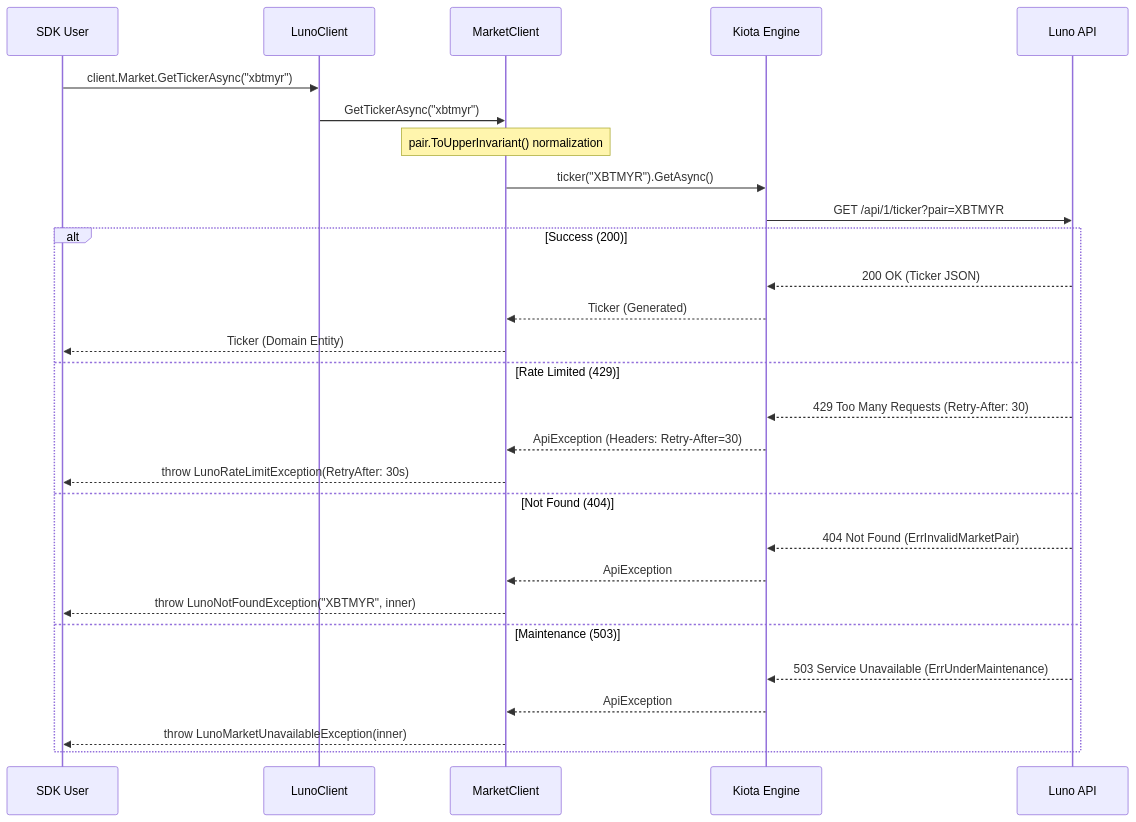
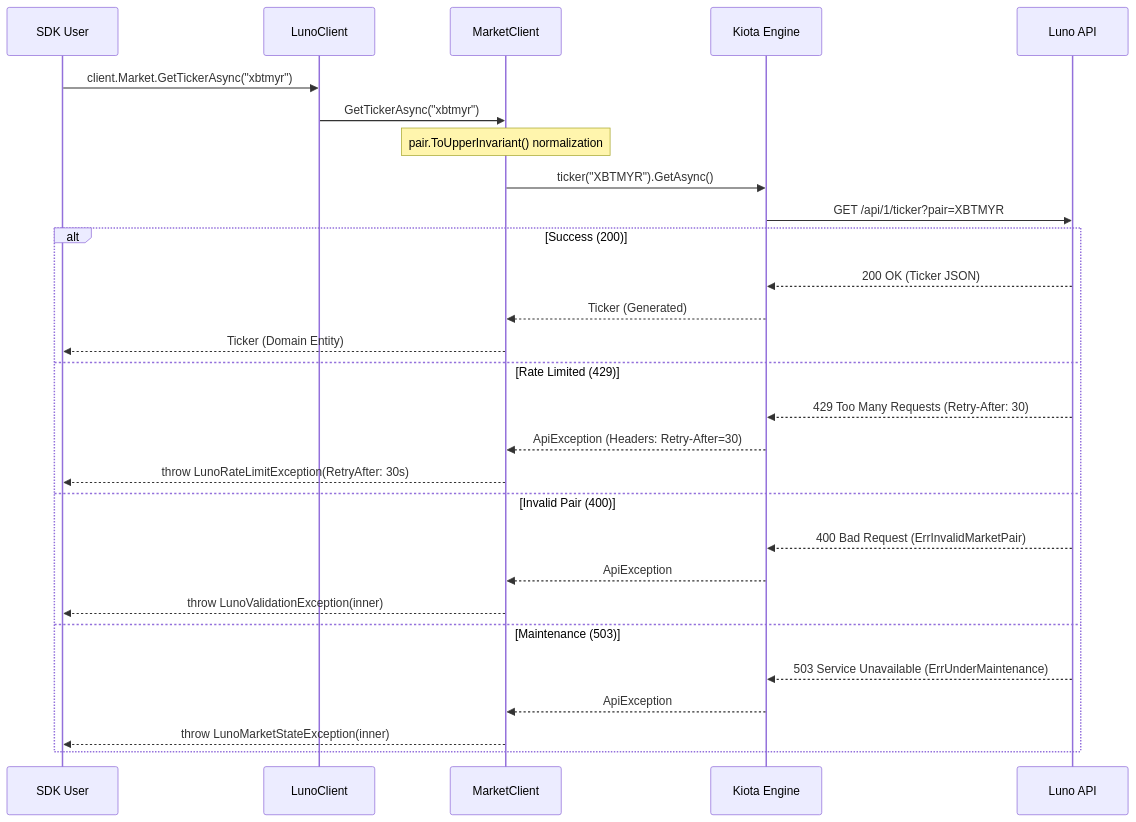
Before and after one commit to hsm207/Luno.SDK: the diagram in docs/rfcs/drafts/RFC005_SinglePairTickerRetrieval.md, drawn with Mermaid. The commit also changed other lines of this file, not shown here.

````diff
--- a/docs/rfcs/drafts/RFC005_SinglePairTickerRetrieval.md
+++ b/docs/rfcs/drafts/RFC005_SinglePairTickerRetrieval.md
@@ -32,31 +31,31 @@
 ```mermaid
 sequenceDiagram
     participant User as SDK User
     participant Client as LunoClient
     participant Market as MarketClient
     participant Kiota as Kiota Engine
     participant API as Luno API
 
     User->>Client: client.Market.GetTickerAsync("xbtmyr")
     Client->>Market: GetTickerAsync("xbtmyr")
     Note over Market: pair.ToUpperInvariant() normalization
     Market->>Kiota: ticker("XBTMYR").GetAsync()
     Kiota->>API: GET /api/1/ticker?pair=XBTMYR
     alt Success (200)
         API-->>Kiota: 200 OK (Ticker JSON)
         Kiota-->>Market: Ticker (Generated)
         Market-->>User: Ticker (Domain Entity)
     else Rate Limited (429)
         API-->>Kiota: 429 Too Many Requests (Retry-After: 30)
         Kiota-->>Market: ApiException (Headers: Retry-After=30)
         Market-->>User: throw LunoRateLimitException(RetryAfter: 30s)
-    else Not Found (404)
-        API-->>Kiota: 404 Not Found (ErrInvalidMarketPair)
+    else Invalid Pair (400)
+        API-->>Kiota: 400 Bad Request (ErrInvalidMarketPair)
         Kiota-->>Market: ApiException
-        Market-->>User: throw LunoNotFoundException("XBTMYR", inner)
+        Market-->>User: throw LunoValidationException(inner)
     else Maintenance (503)
         API-->>Kiota: 503 Service Unavailable (ErrUnderMaintenance)
         Kiota-->>Market: ApiException
-        Market-->>User: throw LunoMarketUnavailableException(inner)
+        Market-->>User: throw LunoMarketStateException(inner)
     end
 ```
````
